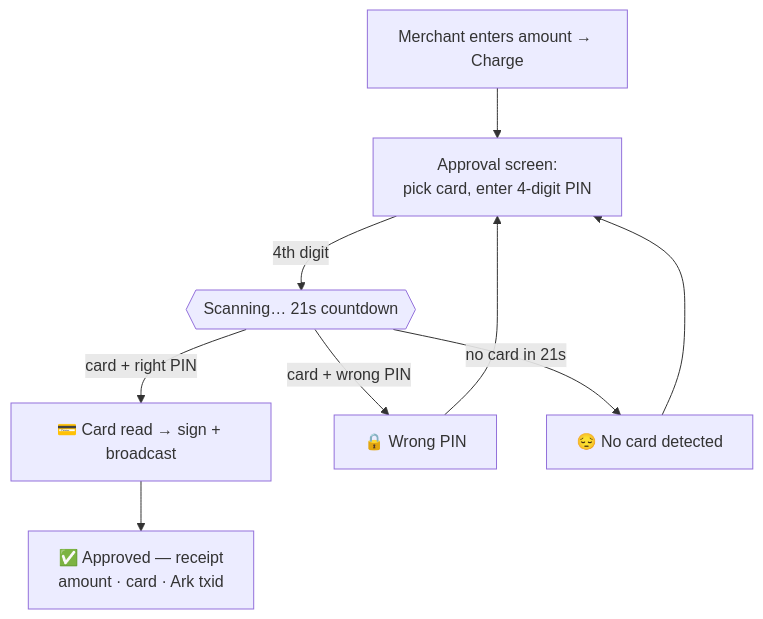
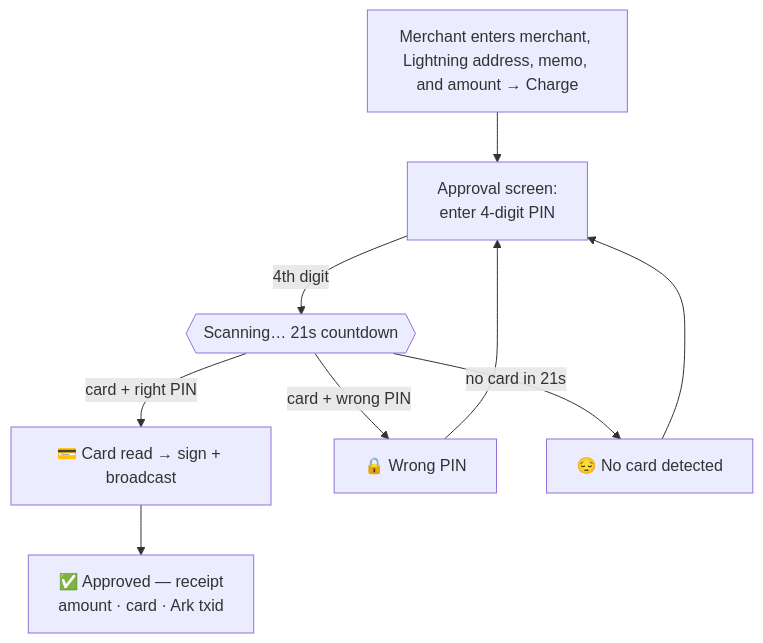
One commit to nuri-com/nuri-passkey-prf-smartcard changed the fourth of 6 diagrams in README.md. Above: the diagram before and after it, drawn with Mermaid. The commit also changed other lines of this file and 27 other files, not shown here.

Commit message:
fix: align Expo card flow with live protocol

````diff
--- a/README.md
+++ b/README.md
@@ -286,9 +300,9 @@
 ```mermaid
 flowchart TD
-  A["Merchant enters amount → Charge"] --> B["Approval screen:<br/>pick card, enter 4-digit PIN"]
+  A["Merchant enters merchant, Lightning address, memo, and amount → Charge"] --> B["Approval screen:<br/>enter 4-digit PIN"]
   B -->|"4th digit"| C{{"Scanning… 21s countdown"}}
   C -->|"card + right PIN"| D["💳 Card read → sign + broadcast"]
   C -->|"card + wrong PIN"| E["🔒 Wrong PIN"] --> B
   C -->|"no card in 21s"| F["😔 No card detected"] --> B
   D --> G["✅ Approved — receipt<br/>amount · card · Ark txid"]
 ```
````
